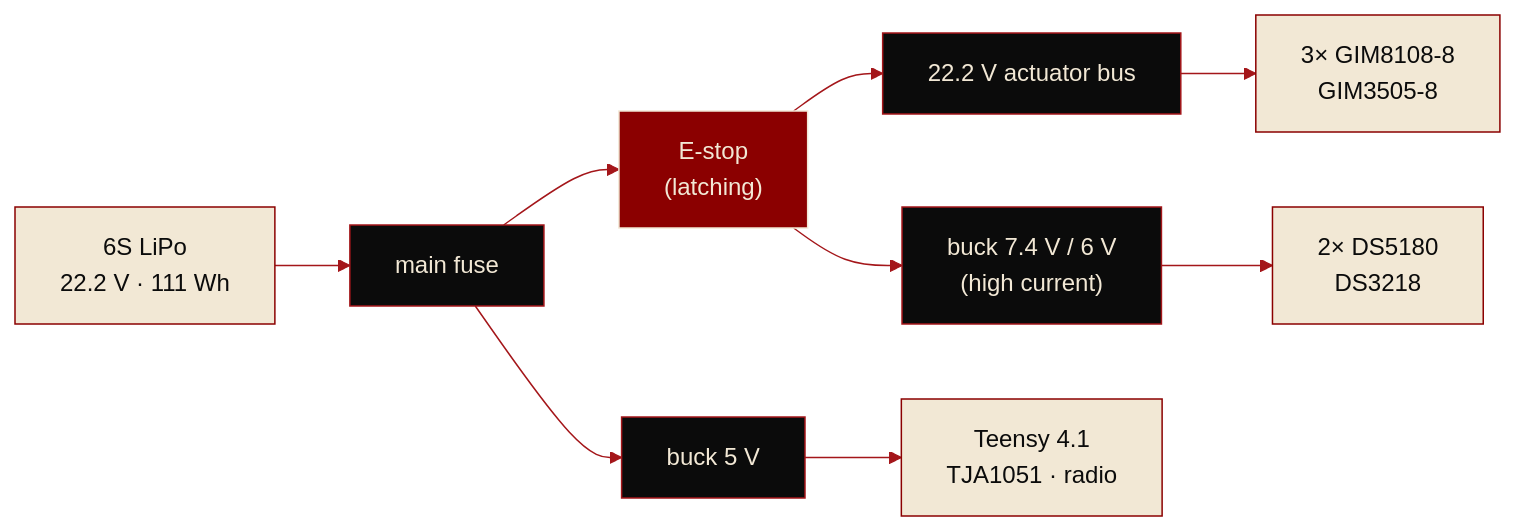
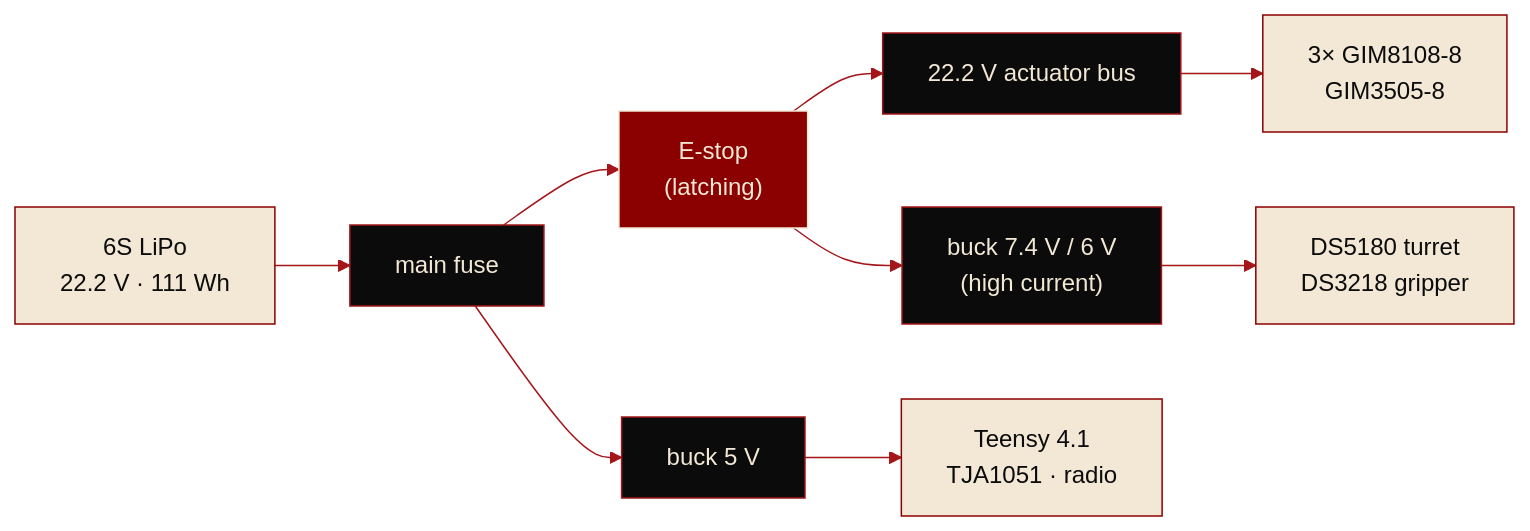
One commit to RoboBadgersRomania/TwinArm changed the third of 4 diagrams in README.md. Above: the diagram before and after it, drawn with Mermaid. The commit also changed other lines of this file and 1 other file, not shown here.

First line of the commit message:
README: the arm is 5 DOF + gripper as built

````diff
--- a/README.md
+++ b/README.md
@@ -181,11 +180,11 @@
 ```mermaid
 %%{init: {"theme": "base", "themeVariables": {"fontFamily": "Segoe UI, Helvetica, Arial, sans-serif", "primaryColor": "#0B0B0B", "primaryTextColor": "#F2E8D5", "primaryBorderColor": "#A4161A", "lineColor": "#A4161A", "textColor": "#F2E8D5", "edgeLabelBackground": "#1A1212"}}}%%
 flowchart LR
   classDef estop fill:#8B0000,stroke:#F2E8D5,color:#F2E8D5
   classDef beige fill:#F2E8D5,stroke:#8B0000,color:#0B0B0B
   BAT["6S LiPo<br/>22.2 V · 111 Wh"]:::beige --> FUSE["main fuse"]
   FUSE --> ES["E-stop<br/>(latching)"]:::estop
   ES --> BUS["22.2 V actuator bus"] --> ACT["3× GIM8108-8<br/>GIM3505-8"]:::beige
-  ES --> SBUCK["buck 7.4 V / 6 V<br/>(high current)"] --> SRV["2× DS5180<br/>DS3218"]:::beige
+  ES --> SBUCK["buck 7.4 V / 6 V<br/>(high current)"] --> SRV["DS5180 turret<br/>DS3218 gripper"]:::beige
   FUSE --> LBUCK["buck 5 V"] --> LOGIC["Teensy 4.1<br/>TJA1051 · radio"]:::beige
 ```
````
